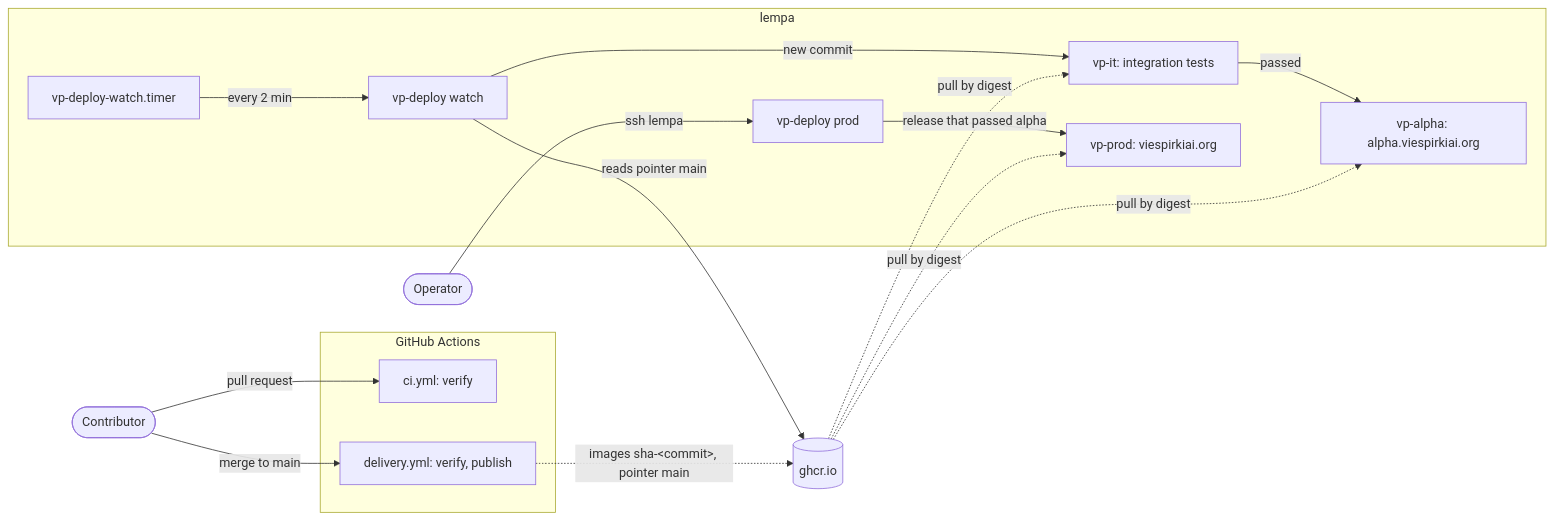
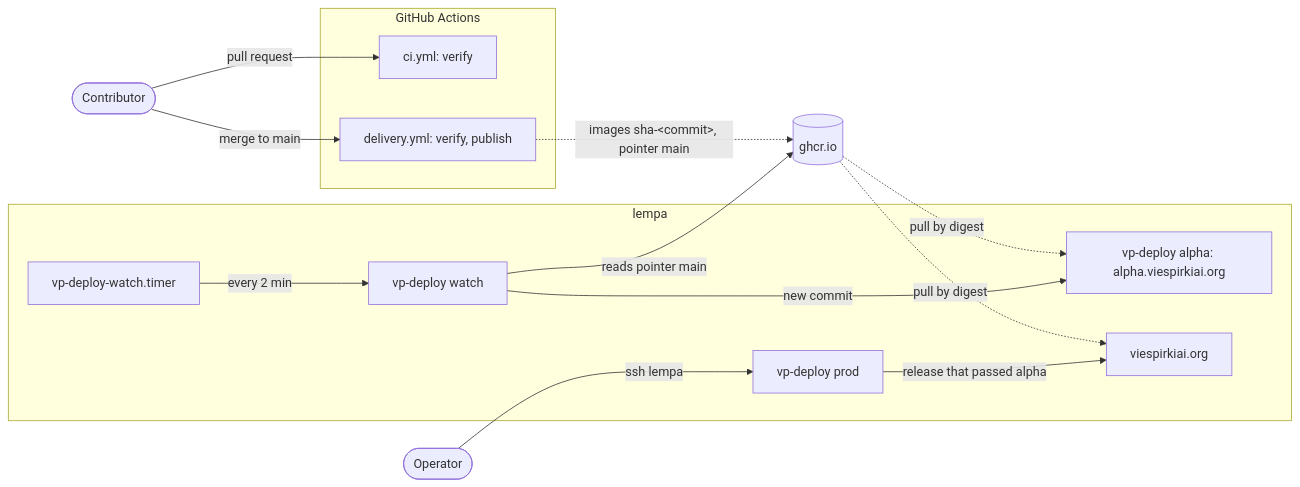
The sixth of 8 diagrams in docs/architecture/architecture-upgrade.md (Viespirkiu-grupe/viespirkiai), drawn with Mermaid before and after one commit. The commit also changed other lines of this file, not shown here.

Commit message:
deploy adjustments

````diff
--- a/docs/architecture/architecture-upgrade.md
+++ b/docs/architecture/architecture-upgrade.md
@@ -885,34 +885,31 @@
 ```mermaid
 flowchart LR
     Contributor(["Contributor"])
     Operator(["Operator"])
 
     subgraph gha["GitHub Actions"]
         ci["ci.yml: verify"]
         delivery["delivery.yml: verify, publish"]
     end
 
     ghcr[("ghcr.io")]
 
     subgraph lempa["lempa"]
         timer["vp-deploy-watch.timer"]
         watch["vp-deploy watch"]
-        it["vp-it: integration tests"]
-        alpha["vp-alpha: alpha.viespirkiai.org"]
+        alpha["vp-deploy alpha: alpha.viespirkiai.org"]
         prodcmd["vp-deploy prod"]
-        prod["vp-prod: viespirkiai.org"]
+        prod["viespirkiai.org"]
     end
 
     Contributor -->|pull request| ci
     Contributor -->|merge to main| delivery
     delivery -.->|" images sha-#lt;commit#gt;, pointer main "| ghcr
     timer -->|every 2 min| watch
     watch -->|reads pointer main| ghcr
-    watch -->|new commit| it
-    it -->|passed| alpha
+    watch -->|new commit| alpha
     Operator -->|ssh lempa| prodcmd
     prodcmd -->|release that passed alpha| prod
-    ghcr -.->|pull by digest| it
     ghcr -.->|pull by digest| alpha
     ghcr -.->|pull by digest| prod
 ```
````
